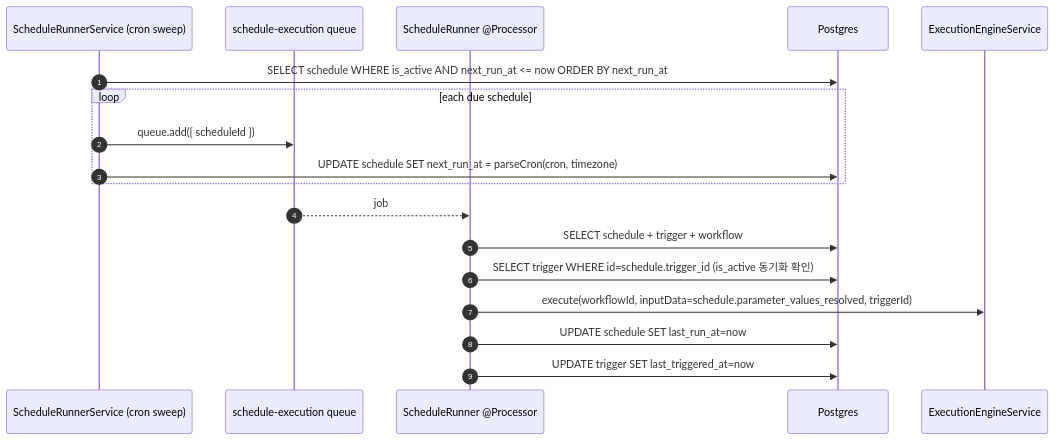
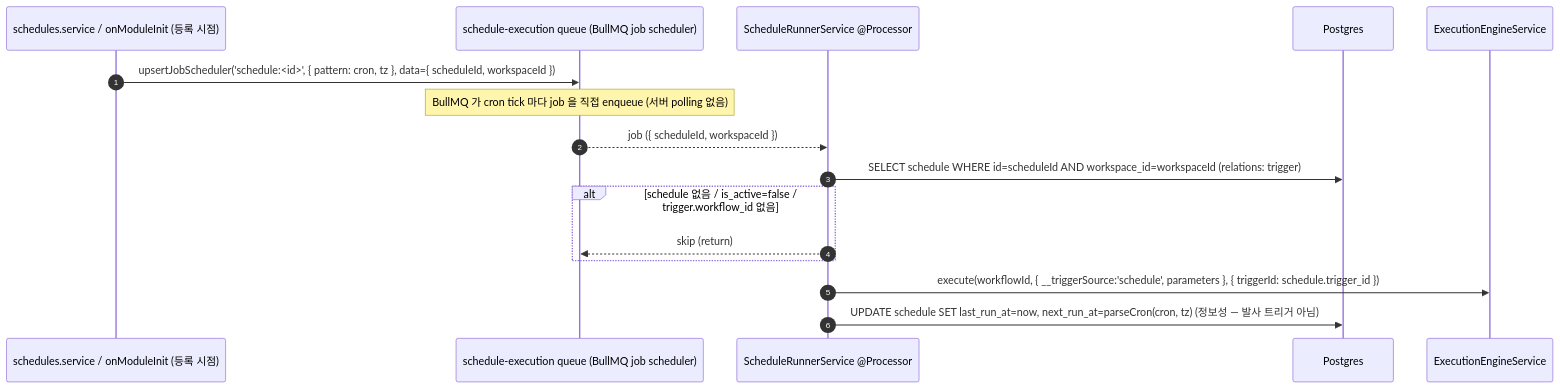
Before and after one commit to worker-ants/clemvion: the third of 3 diagrams in spec/data-flow/10-triggers.md, drawn with Mermaid. The commit also changed other lines of this file and 186 other files, not shown here.

````diff
--- a/spec/data-flow/10-triggers.md
+++ b/spec/data-flow/10-triggers.md
@@ -77,21 +89,19 @@
 ```mermaid
 sequenceDiagram
   autonumber
-  participant SR as ScheduleRunnerService (cron sweep)
-  participant Q as schedule-execution queue
-  participant Proc as ScheduleRunner @Processor
+  participant Reg as schedules.service / onModuleInit (등록 시점)
+  participant Q as schedule-execution queue (BullMQ job scheduler)
+  participant Proc as ScheduleRunnerService @Processor
   participant PG as Postgres
   participant Eng as ExecutionEngineService
 
-  SR->>PG: SELECT schedule WHERE is_active AND next_run_at <= now ORDER BY next_run_at
-  loop each due schedule
-    SR->>Q: queue.add({ scheduleId })
-    SR->>PG: UPDATE schedule SET next_run_at = parseCron(cron, timezone)
+  Reg->>Q: upsertJobScheduler('schedule:<id>', { pattern: cron, tz }, data={ scheduleId, workspaceId })
+  Note over Q: BullMQ 가 cron tick 마다 job 을 직접 enqueue (서버 polling 없음)
+  Q-->>Proc: job ({ scheduleId, workspaceId })
+  Proc->>PG: SELECT schedule WHERE id=scheduleId AND workspace_id=workspaceId (relations: trigger)
+  alt schedule 없음 / is_active=false / trigger.workflow_id 없음
+    Proc-->>Q: skip (return)
   end
-  Q-->>Proc: job
-  Proc->>PG: SELECT schedule + trigger + workflow
-  Proc->>PG: SELECT trigger WHERE id=schedule.trigger_id (is_active 동기화 확인)
-  Proc->>Eng: execute(workflowId, inputData=schedule.parameter_values_resolved, triggerId)
-  Proc->>PG: UPDATE schedule SET last_run_at=now
-  Proc->>PG: UPDATE trigger SET last_triggered_at=now
+  Proc->>Eng: execute(workflowId, { __triggerSource:'schedule', parameters }, { triggerId: schedule.trigger_id })
+  Proc->>PG: UPDATE schedule SET last_run_at=now, next_run_at=parseCron(cron, tz) (정보성 — 발사 트리거 아님)
 ```
````
